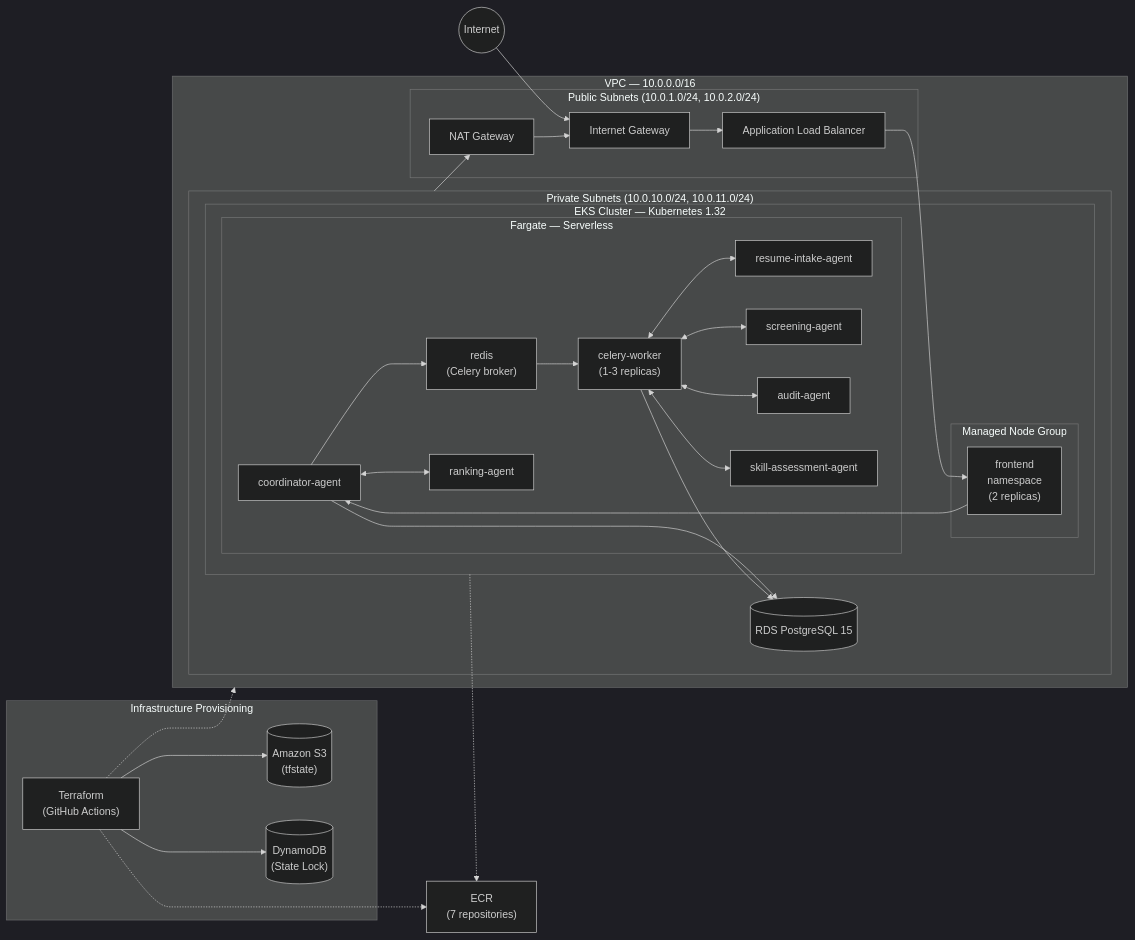
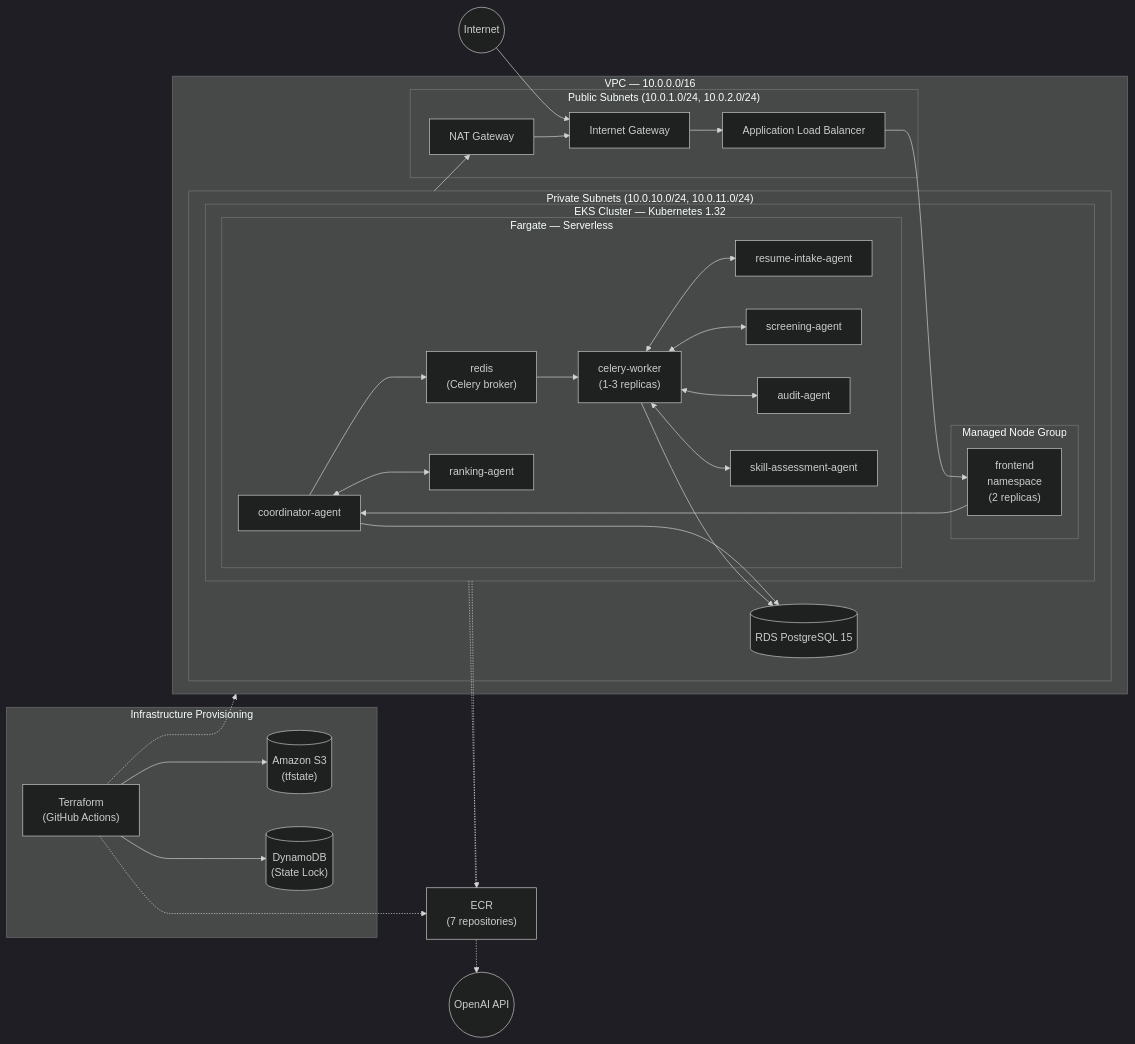
The first of 2 diagrams in infra/terraform/README.md (NUS-ISS-T20-GCAAS/agent-based-hiring-system), drawn with Mermaid (dark theme) before and after one commit. The commit also changed 44 other files, not shown here.

````diff
--- a/infra/terraform/README.md
+++ b/infra/terraform/README.md
@@ -48,56 +48,58 @@
 ```mermaid
 graph LR
     subgraph Provisioning["Infrastructure Provisioning"]
         TF["Terraform<br/>(GitHub Actions)"] --> S3[("Amazon S3<br/>(tfstate)")]
         TF --> DDB[("DynamoDB<br/>(State Lock)")]
     end
 
     Internet((Internet))
     ECR["ECR<br/>(7 repositories)"]
+    OpenAI(("OpenAI API"))
 
     subgraph VPC["VPC — 10.0.0.0/16"]
         subgraph PubSub["Public Subnets (10.0.1.0/24, 10.0.2.0/24)"]
             IGW[Internet Gateway]
             ALB[Application Load Balancer]
             NAT[NAT Gateway]
         end
 
         subgraph PrivSub["Private Subnets (10.0.10.0/24, 10.0.11.0/24)"]
             subgraph EKS["EKS Cluster — Kubernetes 1.32"]
                 subgraph NodeGroup["Managed Node Group"]
                     FE["frontend<br/>namespace<br/>(2 replicas)"]
                 end
                 subgraph Fargate["Fargate — Serverless"]
                     COORD["coordinator-agent"]
                     WORKER["celery-worker<br/>(1-3 replicas)"]
                     REDIS["redis<br/>(Celery broker)"]
                     RESUME["resume-intake-agent"]
                     SCREEN["screening-agent"]
                     AUDIT["audit-agent"]
                     RANKING["ranking-agent"]
                     SKILL["skill-assessment-agent"]
                 end
             end
             RDS[("RDS PostgreSQL 15")]
         end
     end
 
     TF -.-> VPC
     TF -.-> ECR
 
     Internet --> IGW --> ALB --> FE
     FE --> COORD
     
     COORD --> REDIS
     REDIS --> WORKER
     COORD --> RDS
     WORKER --> RDS
     WORKER <--> RESUME
     WORKER <--> SCREEN
     WORKER <--> AUDIT
     WORKER <--> SKILL
     COORD <--> RANKING
     
     PrivSub --> NAT --> IGW
     EKS -.-> ECR
+    EKS -.-> OpenAI
 ```
````
